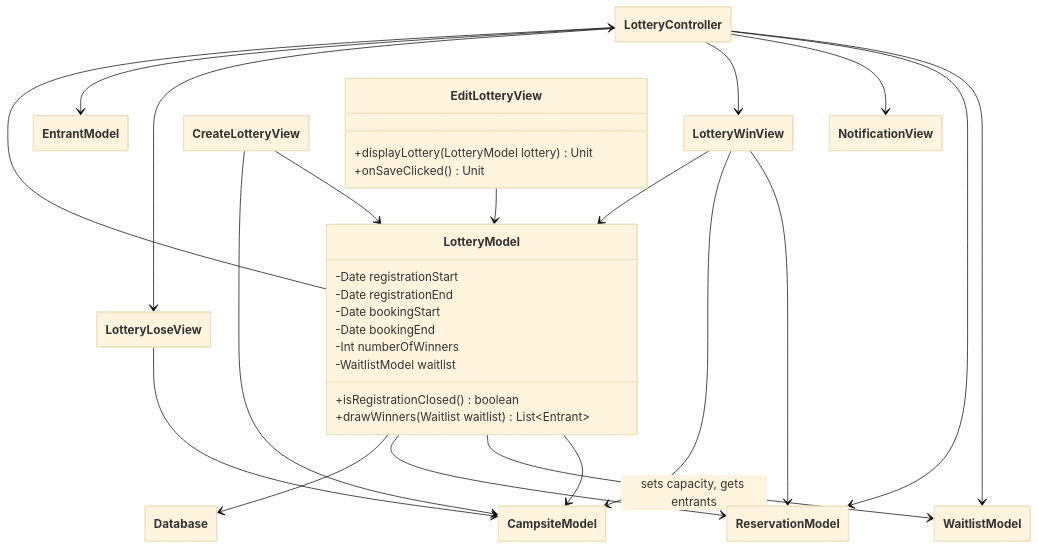
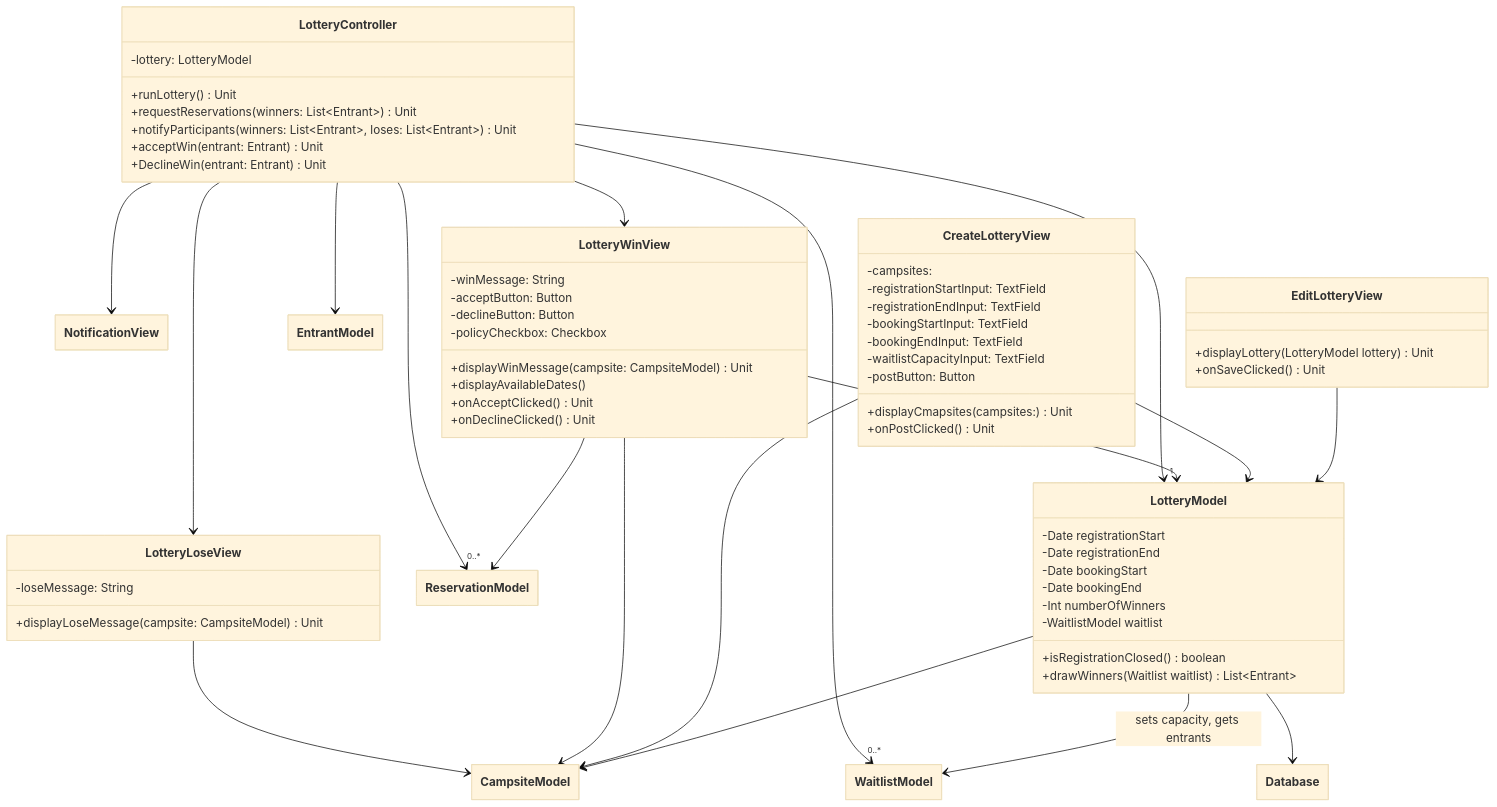
One commit to CMPUT301F26cipher/cipher-proj changed the diagram in doc/wiki-images/UML/lottery.md. Above: the diagram before and after it, drawn with Mermaid (base theme). The commit also changed 11 other files, not shown here.

Commit message:
Switching from mermaid to PlantUML so that classes can be imported. This will reduce dependencies so that we do not have to change  multiple files in order to update our UML. Thus we simply just edit the class .puml and then both feature and overview uml will update automatically.

````diff
--- a/doc/wiki-images/UML/lottery.md
+++ b/doc/wiki-images/UML/lottery.md
@@ -9,28 +7,44 @@
 classDiagram
 
 class LotteryController {
-%% constructors
+    -lottery: LotteryModel
+
+    %% --- constructors ---
 
 
+    %% --- methods ---
+    %% call draw
+    +runLottery() Unit
 
-%% methods
+    %% ask ReservationModel to create reservation for winners
+    +requestReservations(winners: List~Entrant~) Unit
 
+    %% ask notifications to send win and lose messages
+    +notifyParticipants(winners: List~Entrant~, loses: List~Entrant~) Unit
+
+    %% manages when winning entrants accepts or declines reservation
+    +acceptWin(entrant: Entrant) Unit
+    +DeclineWin(entrant: Entrant) Unit
 }
 
 %% collaborators
-LotteryController --> WaitlistModel
-LotteryController --> ReservationModel
+LotteryController --> "1" LotteryModel
+LotteryController --> "0..*" WaitlistModel
+LotteryController --> "0..*" ReservationModel
 LotteryController --> NotificationView
 LotteryController --> LotteryWinView
 LotteryController --> LotteryLoseView
 LotteryController --> EntrantModel
 
 class LotteryLoseView {
-%% constructors
+    %% display lose message with campsite name
+    -loseMessage: String
+
+    %% --- constructors ---
 
 
-
-%% methods
+    %% --- methods ---
+    +displayLoseMessage(campsite: CampsiteModel) Unit
 
 }
 
@@ -38,7 +52,25 @@
 LotteryLoseView --> CampsiteModel
 
 class LotteryWinView {
+    %% display win message with campsite name
+    -winMessage: String
 
+    
+    %% Button to accept reservation
+    -acceptButton: Button
+    %% Button to decline reservation
+    -declineButton: Button
+
+    %% Checkbox for entrants to confirm that they have read the campsite rules and policies before confirming their reservation
+    -policyCheckbox: Checkbox
+
+    %% --- methods ---
+    +displayWinMessage(campsite: CampsiteModel) Unit
+
+    %% Display available dates of the campsite that can be reserved for
+    +displayAvailableDates()
+    +onAcceptClicked() Unit
+    +onDeclineClicked() Unit
 }
 
 LotteryWinView --> ReservationModel
@@ -46,53 +78,76 @@
 LotteryWinView --> LotteryModel
 
 class CreateLotteryView {
+    %% list multiple campsites in a lottery for a certain period.
+    -campsites: 
+
+    %% textbox to set registration period
+    -registrationStartInput: TextField
+    -registrationEndInput: TextField
+
+    %% textbox to set booking period
+    -bookingStartInput: TextField
+    -bookingEndInput: TextField
+
+    %% textbox to set number of lottery winners
+    -waitlistCapacityInput: TextField
+
+    %% textbox to optionally set a capacity for my lottery waitlist.
+
+    %% button to post lottery
+    -postButton: Button
+
+    %% --- methods ---
+    +displayCmapsites(campsites: ) Unit
+    +onPostClicked() Unit
 
 }
+
 CreateLotteryView --> LotteryModel
 CreateLotteryView --> CampsiteModel
 
 class EditLotteryView {
-%% display current lottery information that can be editable
-+displayLottery(LotteryModel lottery) Unit
+    %% display current lottery information that can be editable
 
-%% save button
-+onSaveClicked() Unit
+
+    %% --- methods ---
+    +displayLottery(LotteryModel lottery) Unit
+    %% save button
+    +onSaveClicked() Unit
 
 }
  EditLotteryView --> LotteryModel
 
 class LotteryModel {
-%% store registration period
--Date registrationStart
--Date registrationEnd
+    %% store registration period
+    -Date registrationStart
+    -Date registrationEnd
 
-%% store booking period
--Date bookingStart
--Date bookingEnd
+    %% store booking period
+    -Date bookingStart
+    -Date bookingEnd
 
-%% store number of lottery winners
--Int numberOfWinners
--WaitlistModel waitlist
+    %% store number of lottery winners
+    -Int numberOfWinners
+    -WaitlistModel waitlist
 
-%% constructors
+    %% --- constructors ---
 
 
 
-%% methods
-%% Optionally set a capacity for my lottery waitlist.
+    %% --- methods ---
+    %% Optionally set a capacity for my lottery waitlist.
 
-%% automatically draw winners after the registration period ends.
-+isRegistrationClosed() boolean
-+drawWinners(Waitlist waitlist) List~Entrant~
+    %% automatically draw winners after the registration period ends.
+    +isRegistrationClosed() boolean
+    +drawWinners(Waitlist waitlist) List~Entrant~
 
-%% Updates lotterylist
+    %% Updates lotterylist
 
 }
 
 LotteryModel --> CampsiteModel
 LotteryModel --> WaitlistModel : sets capacity, gets entrants
-LotteryModel --> ReservationModel
-LotteryModel --> LotteryController
 LotteryModel --> Database
 
 ```
````
